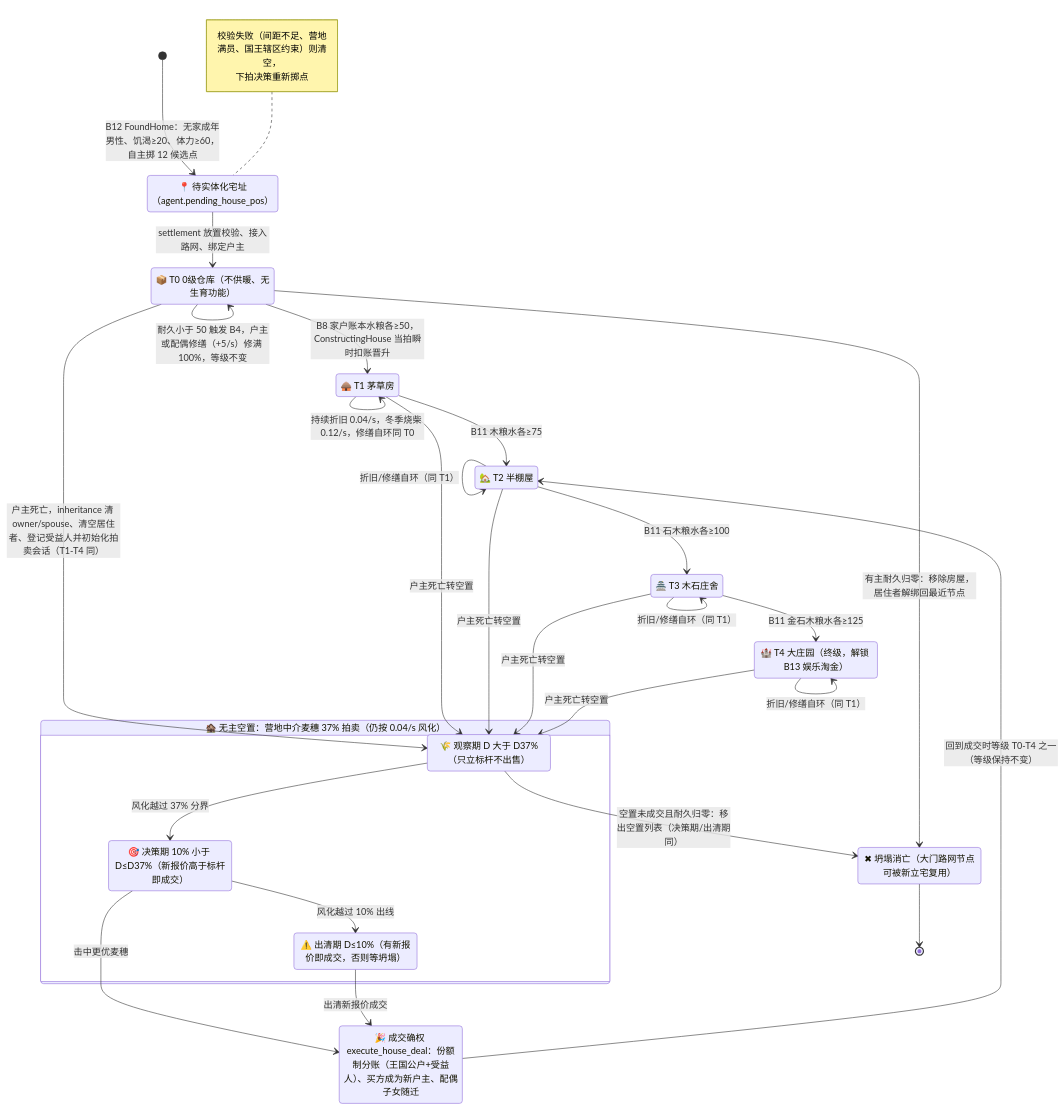
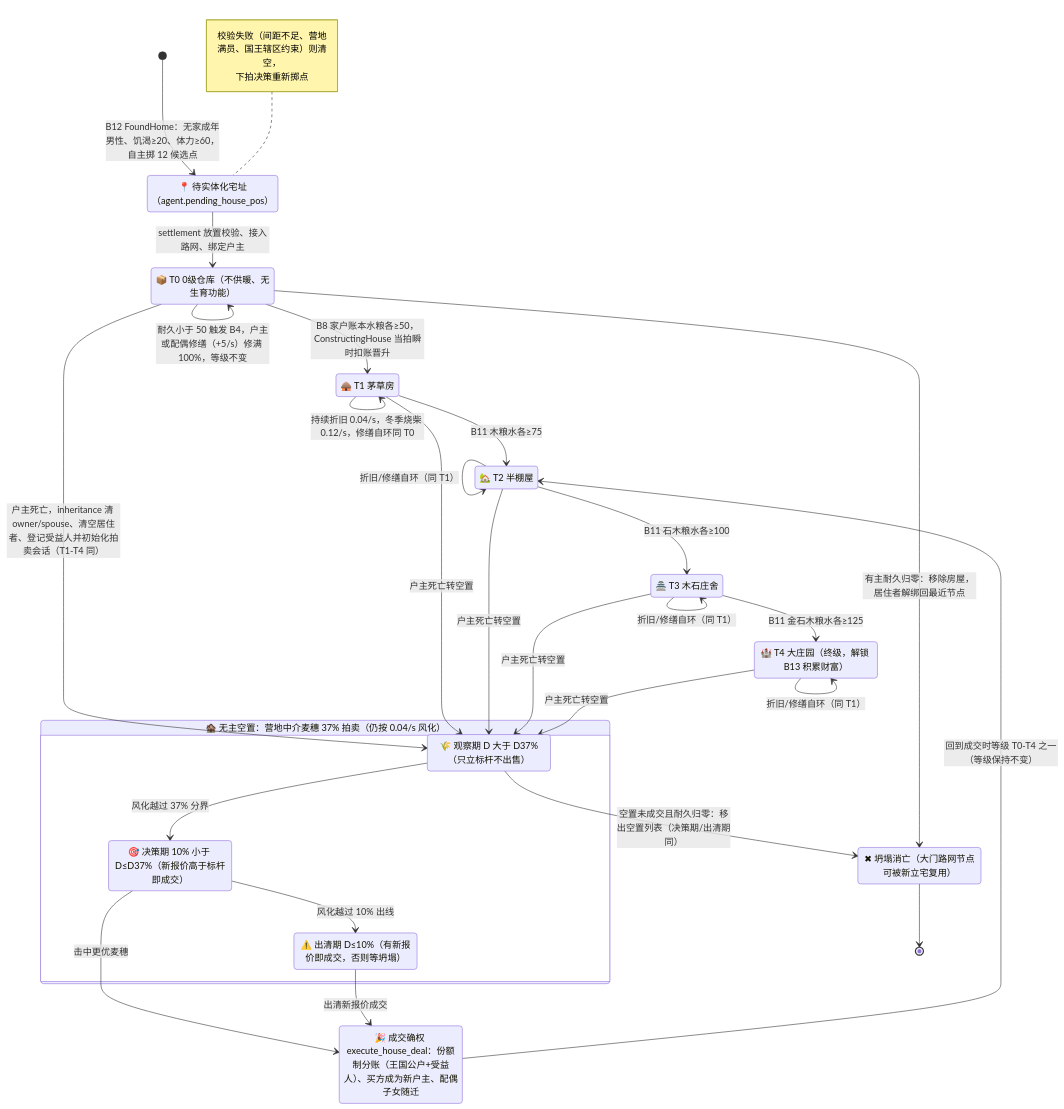
One commit to g39088902/FlowAndAccord changed the diagram in docs/current/05-house-system.md. Above: the diagram before and after it, drawn with Mermaid. The commit also changed other lines of this file and 92 other files, not shown here.

First line of the commit message:
feat(decisions): 马斯洛引擎收敛为 16 条活动分支并按意图/策略/原语解耦 (v1.46.12)

````diff
--- a/docs/current/05-house-system.md
+++ b/docs/current/05-house-system.md
@@ -45,52 +45,52 @@
 ```mermaid
 stateDiagram-v2
     direction TB
     [*] --> Candidate : B12 FoundHome：无家成年男性、饥渴≥20、体力≥60，自主掷 12 候选点
     state "📍 待实体化宅址（agent.pending_house_pos）" as Candidate
     Candidate --> T0 : settlement 放置校验、接入路网、绑定户主
     note left of Candidate
         校验失败（间距不足、营地满员、国王辖区约束）则清空，
         下拍决策重新掷点
     end note
 
     state "📦 T0 0级仓库（不供暖、无生育功能）" as T0
     state "🛖 T1 茅草房" as T1
     state "🏡 T2 半棚屋" as T2
     state "🏯 T3 木石庄舍" as T3
-    state "🏰 T4 大庄园（终级，解锁 B13 娱乐淘金）" as T4
+    state "🏰 T4 大庄园（终级，解锁 B13 积累财富）" as T4
 
     T0 --> T1 : B8 家户账本水粮各≥50，ConstructingHouse 当拍瞬时扣账晋升
     T1 --> T2 : B11 木粮水各≥75
     T2 --> T3 : B11 石木粮水各≥100
     T3 --> T4 : B11 金石木粮水各≥125
 
     T0 --> T0 : 耐久小于 50 触发 B4，户主或配偶修缮（+5/s）修满 100%，等级不变
     T1 --> T1 : 持续折旧 0.04/s，冬季烧柴 0.12/s，修缮自环同 T0
     T2 --> T2 : 折旧/修缮自环（同 T1）
     T3 --> T3 : 折旧/修缮自环（同 T1）
     T4 --> T4 : 折旧/修缮自环（同 T1）
 
     T0 --> Obs : 户主死亡，inheritance 清 owner/spouse、清空居住者、登记受益人并初始化拍卖会话（T1-T4 同）
     T1 --> Obs : 户主死亡转空置
     T2 --> Obs : 户主死亡转空置
     T3 --> Obs : 户主死亡转空置
     T4 --> Obs : 户主死亡转空置
 
     state "🏚️ 无主空置：营地中介麦穗 37% 拍卖（仍按 0.04/s 风化）" as Auction {
       state "🌾 观察期 D 大于 D37%（只立标杆不出售）" as Obs
       state "🎯 决策期 10% 小于 D≤D37%（新报价高于标杆即成交）" as Dec
       state "⚠️ 出清期 D≤10%（有新报价即成交，否则等坍塌）" as Liq
       Obs --> Dec : 风化越过 37% 分界
       Dec --> Liq : 风化越过 10% 出线
     }
 
     Dec --> Deal : 击中更优麦穗
     Liq --> Deal : 出清新报价成交
     state "🎉 成交确权 execute_house_deal：份额制分账（王国公户+受益人）、买方成为新户主、配偶子女随迁" as Deal
     Deal --> T2 : 回到成交时等级 T0-T4 之一（等级保持不变）
 
     T0 --> Collapsed : 有主耐久归零：移除房屋，居住者解绑回最近节点
     Obs --> Collapsed : 空置未成交且耐久归零：移出空置列表（决策期/出清期同）
     state "✖ 坍塌消亡（大门路网节点可被新立宅复用）" as Collapsed
     Collapsed --> [*]
 ```
````
